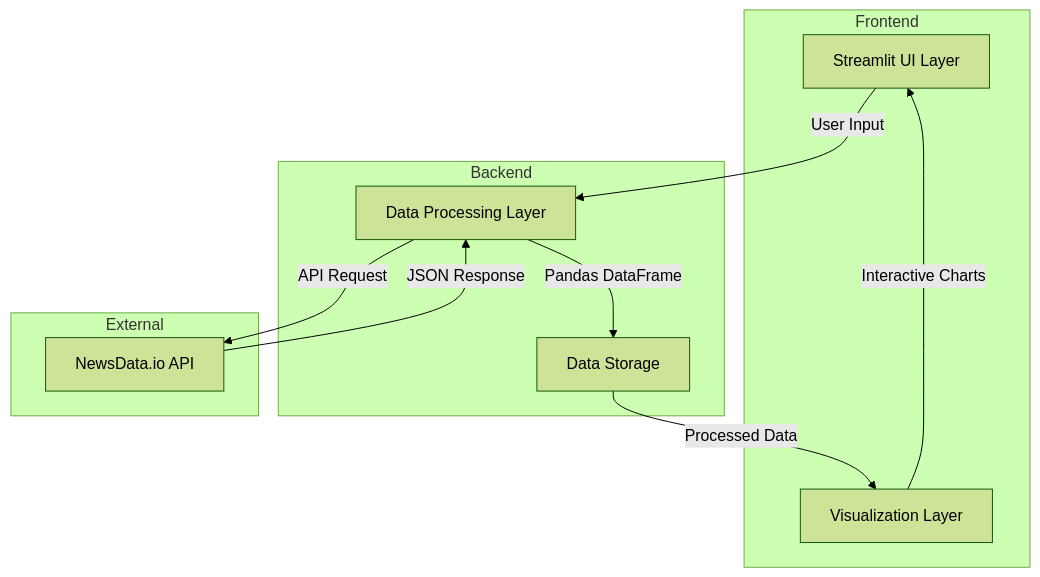
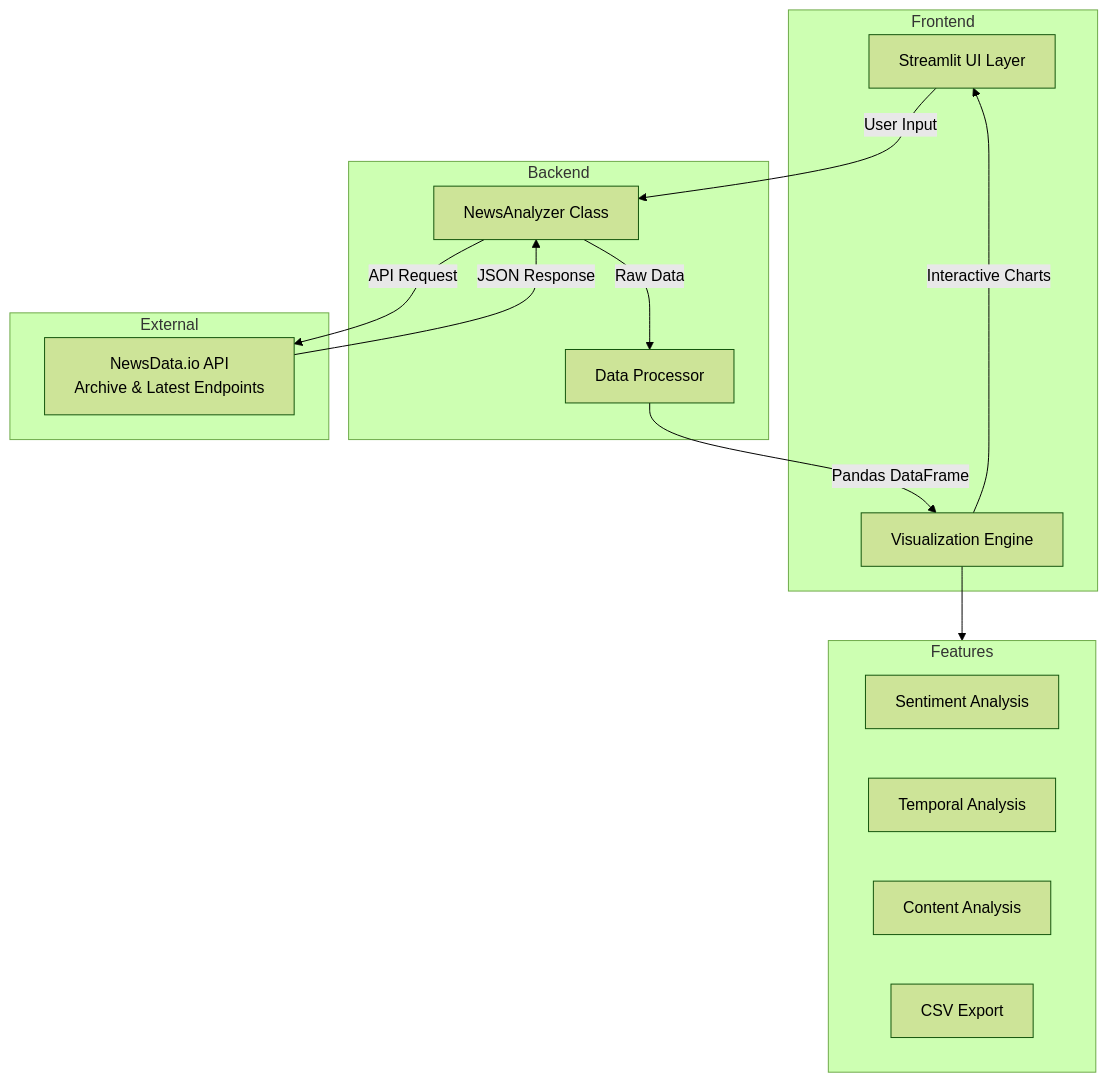
One commit to bytesview/ml_resources changed the diagram in Transforming News Data Into Actionable Insights/README.md. Above: the diagram before and after it, drawn with Mermaid (forest theme). The commit also changed other lines of this file, not shown here.

````diff
--- a/Transforming News Data Into Actionable Insights/README.md
+++ b/Transforming News Data Into Actionable Insights/README.md
@@ -59,29 +57,38 @@
 ```mermaid
 flowchart TB
     UI[Streamlit UI Layer]
     API[NewsData.io API]
-    Process[Data Processing Layer]
-    Viz[Visualization Layer]
-    Store[Data Storage]
+    Analyzer[NewsAnalyzer Class]
+    Processor[Data Processor]
+    Viz[Visualization Engine]
     
-    UI --> |User Input| Process
-    Process --> |API Request| API
-    API --> |JSON Response| Process
-    Process --> |Pandas DataFrame| Store
-    Store --> |Processed Data| Viz
+    UI --> |User Input| Analyzer
+    Analyzer --> |API Request| API
+    API --> |JSON Response| Analyzer
+    Analyzer --> |Raw Data| Processor
+    Processor --> |Pandas DataFrame| Viz
     Viz --> |Interactive Charts| UI
     
     subgraph Frontend
         UI
         Viz
     end
     
     subgraph Backend
-        Process
-        Store
+        Analyzer
+        Processor
     end
     
     subgraph External
-        API
+        API[NewsData.io API<br/>Archive & Latest Endpoints]
     end
+    
+    subgraph Features
+        F1[Sentiment Analysis]
+        F2[Temporal Analysis]
+        F3[Content Analysis]
+        F4[CSV Export]
+    end
+    
+    Viz --> Features
 ```
````
